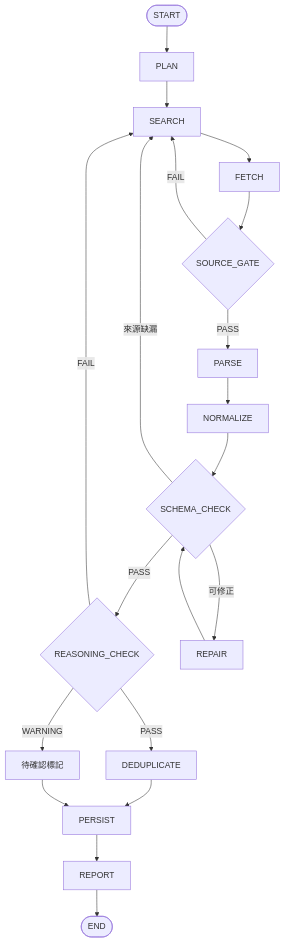
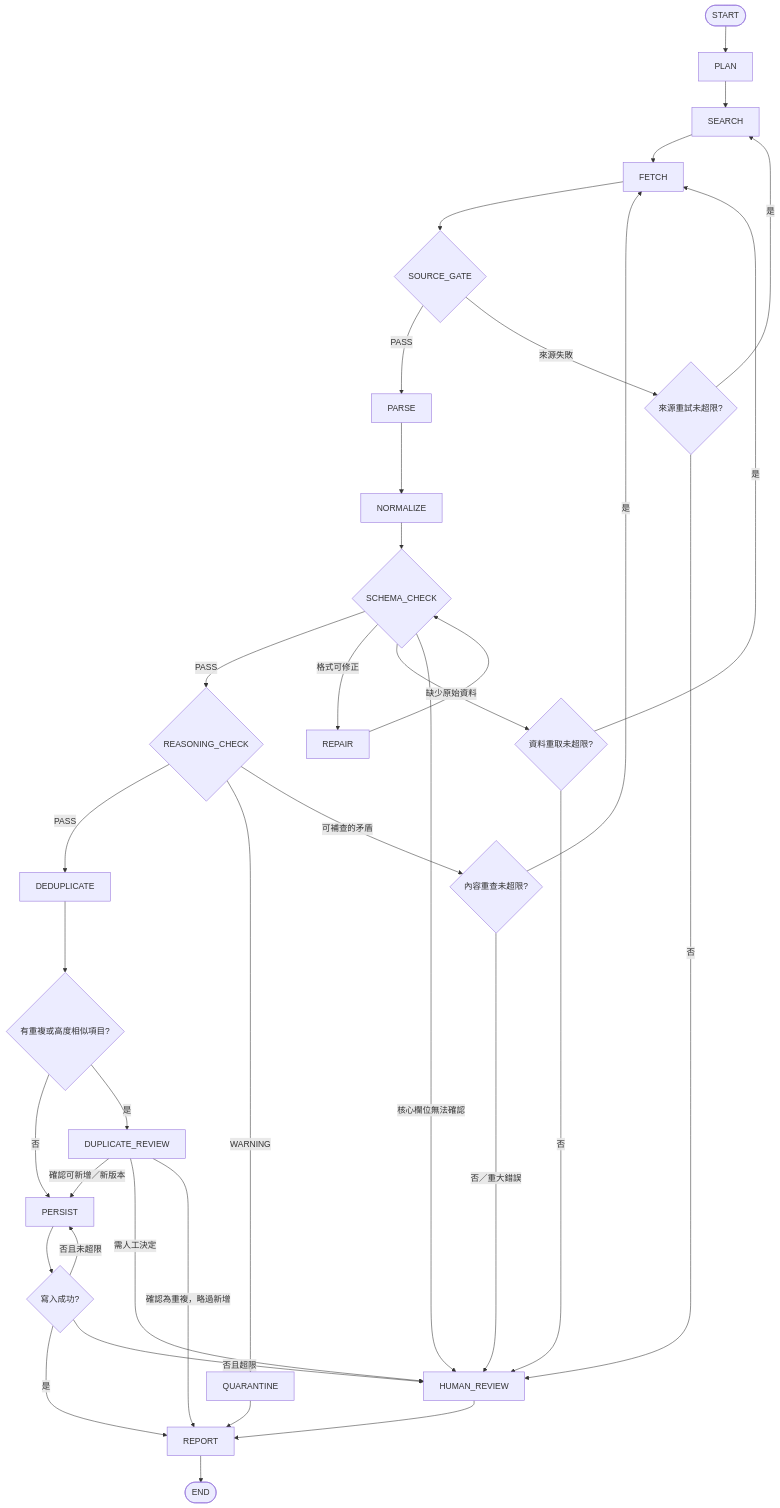
The diagram in workflows/recipe-graph.md (b101113002/Baking-wiki), drawn with Mermaid before and after one commit. The commit also changed other lines of this file, not shown here.

Commit message:
Revise recipe Graph workflow and Mermaid diagram

````diff
--- a/workflows/recipe-graph.md
+++ b/workflows/recipe-graph.md
@@ -27,13 +36,33 @@
 ```mermaid
 flowchart TD
- A([START]) --> B[PLAN] --> C[SEARCH] --> D[FETCH] --> E{SOURCE_GATE}
- E -->|PASS| F[PARSE] --> G[NORMALIZE] --> H{SCHEMA_CHECK}
- E -->|FAIL| C
- H -->|PASS| I{REASONING_CHECK}
- H -->|可修正| J[REPAIR] --> H
- H -->|來源缺漏| C
- I -->|PASS| K[DEDUPLICATE] --> M[PERSIST]
- I -->|WARNING| L[待確認標記] --> M
- I -->|FAIL| C
- M --> N[REPORT] --> O([END])
+    A([START]) --> B[PLAN] --> C[SEARCH] --> D[FETCH] --> E{SOURCE_GATE}
+    E -->|PASS| F[PARSE]
+    E -->|來源失敗| R1{來源重試未超限?}
+    R1 -->|是| C
+    R1 -->|否| H[HUMAN_REVIEW]
+    F --> G[NORMALIZE] --> I{SCHEMA_CHECK}
+    I -->|PASS| J{REASONING_CHECK}
+    I -->|格式可修正| K[REPAIR] --> I
+    I -->|缺少原始資料| R2{資料重取未超限?}
+    R2 -->|是| D
+    R2 -->|否| H
+    I -->|核心欄位無法確認| H
+    J -->|PASS| L[DEDUPLICATE]
+    J -->|WARNING| Q[QUARANTINE]
+    J -->|可補查的矛盾| R3{內容重查未超限?}
+    R3 -->|是| D
+    R3 -->|否／重大錯誤| H
+    L --> M{有重複或高度相似項目?}
+    M -->|否| N[PERSIST]
+    M -->|是| O[DUPLICATE_REVIEW]
+    O -->|確認可新增／新版本| N
+    O -->|需人工決定| H
+    O -->|確認為重複，略過新增| P[REPORT]
+    N --> S{寫入成功?}
+    S -->|是| P
+    S -->|否且未超限| N
+    S -->|否且超限| H
+    Q --> P
+    H --> P
+    P --> T([END])
 ```
````
